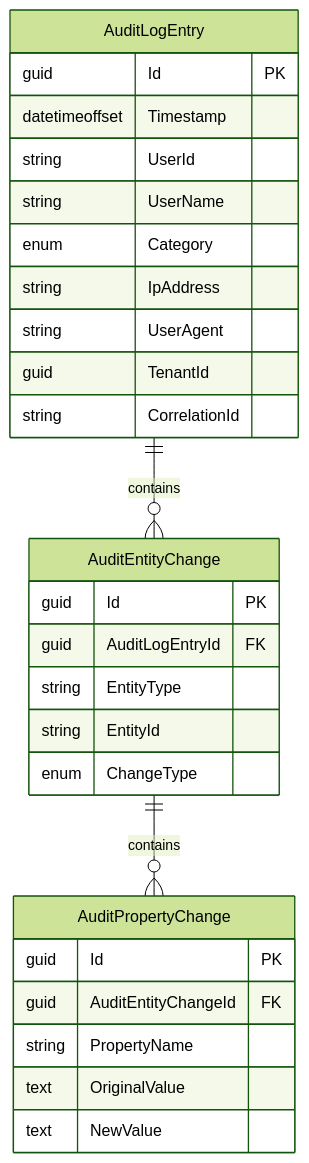
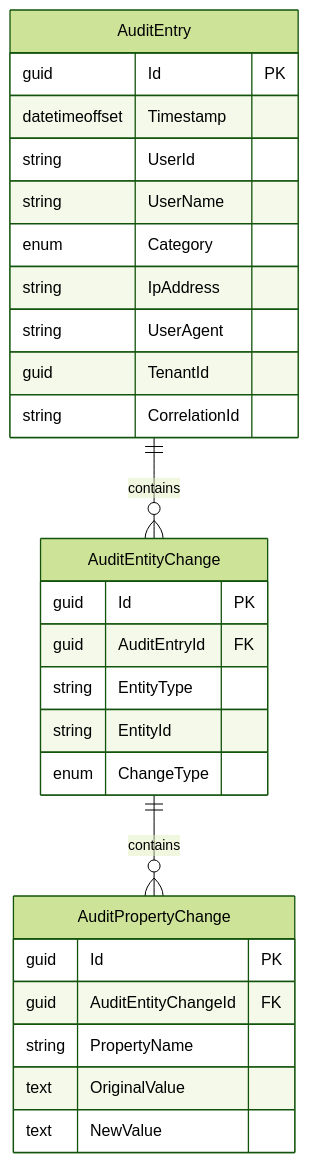
One commit to granit-fx/granit-dotnet changed the diagram in docs-site/src/content/docs/dotnet/compliance/audit-log.mdx. Above: the diagram before and after it, drawn with Mermaid (forest theme). The commit also changed other lines of this file and 189 other files, not shown here.

First line of the commit message:
refactor: complete AuditLog→Auditing class-level rename across entire codebase

````diff
--- a/docs-site/src/content/docs/dotnet/compliance/audit-log.mdx
+++ b/docs-site/src/content/docs/dotnet/compliance/audit-log.mdx
@@ -70,30 +70,30 @@
 ```mermaid
 erDiagram
-    AuditLogEntry ||--o{ AuditEntityChange : contains
+    AuditEntry ||--o{ AuditEntityChange : contains
     AuditEntityChange ||--o{ AuditPropertyChange : contains
-    AuditLogEntry {
+    AuditEntry {
         guid Id PK
         datetimeoffset Timestamp
         string UserId
         string UserName
         enum Category
         string IpAddress
         string UserAgent
         guid TenantId
         string CorrelationId
     }
     AuditEntityChange {
         guid Id PK
-        guid AuditLogEntryId FK
+        guid AuditEntryId FK
         string EntityType
         string EntityId
         enum ChangeType
     }
     AuditPropertyChange {
         guid Id PK
         guid AuditEntityChangeId FK
         string PropertyName
         text OriginalValue
         text NewValue
     }
 ```
````
